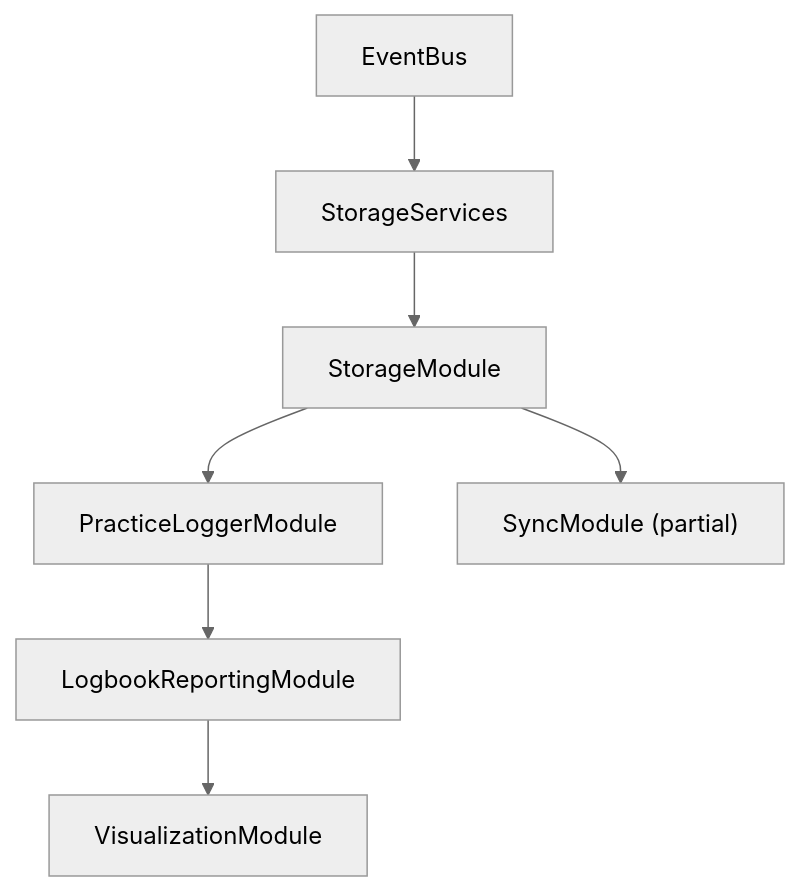
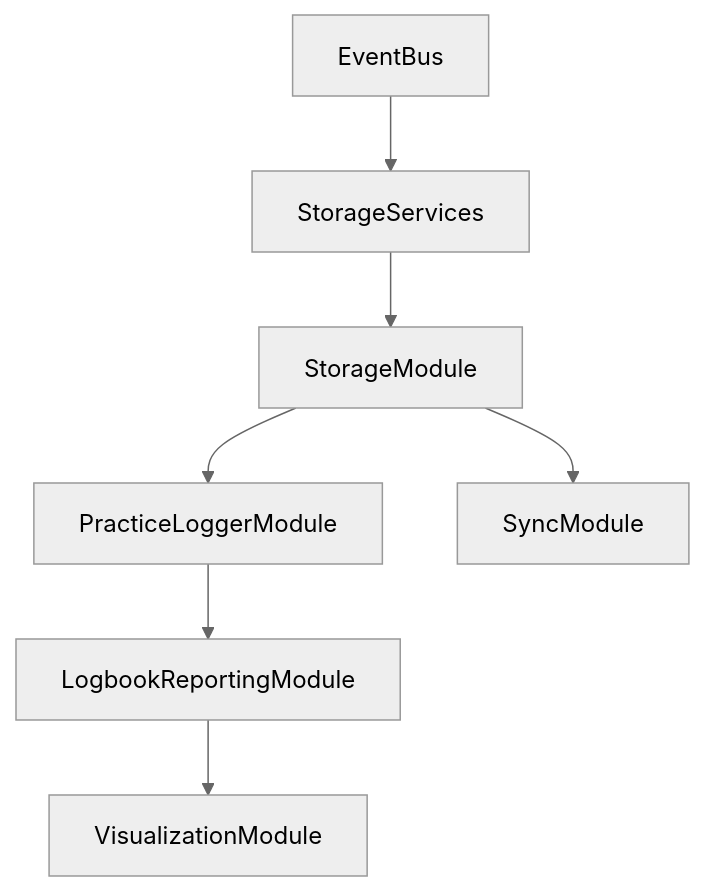
Before and after one commit to pezware/mirubato: the diagram in docs/DESIGN.md, drawn with Mermaid (neutral theme). The commit also changed other lines of this file and 20 other files, not shown here.

````diff
--- a/docs/DESIGN.md
+++ b/docs/DESIGN.md
@@ -239,9 +211,9 @@
 ```mermaid
 graph TD
     EventBus --> StorageServices
     StorageServices --> StorageModule
     StorageModule --> PracticeLoggerModule
     PracticeLoggerModule --> LogbookReportingModule
     LogbookReportingModule --> VisualizationModule
-    StorageModule --> SyncModule["SyncModule (partial)"]
+    StorageModule --> SyncModule
 ```
````
